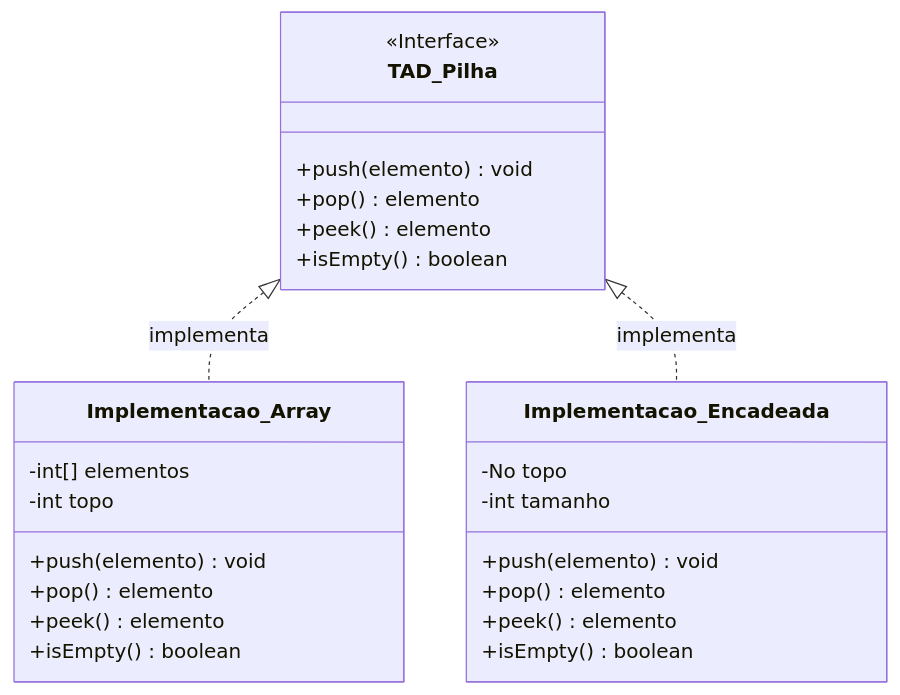
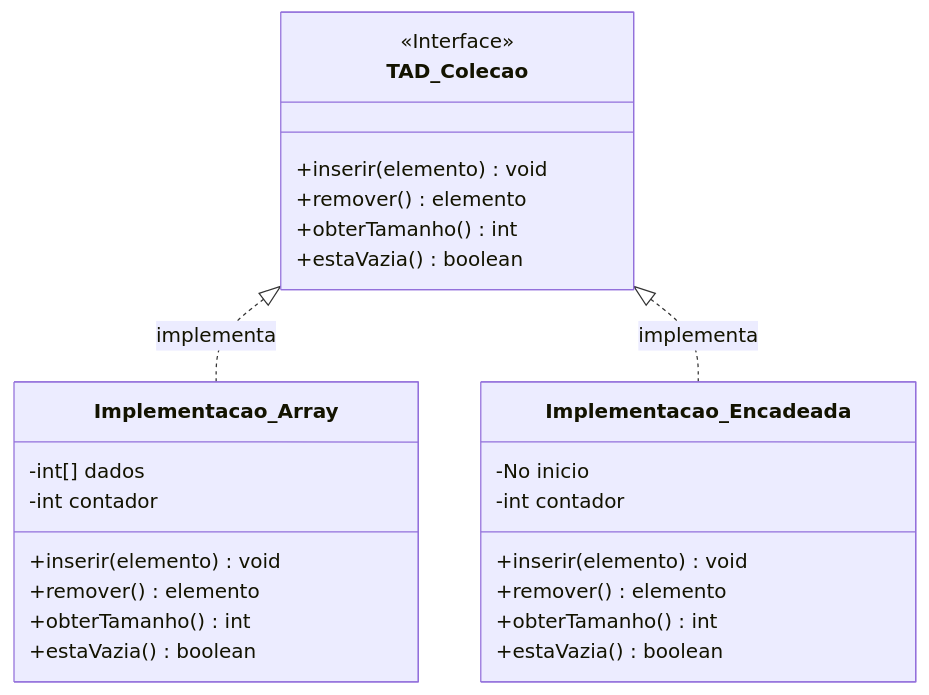
Before and after one commit to murilolol/unifef: the sixth of 26 diagrams in 4º Semestre/[Prof. Wesley Soares] Estrutura de Dados I/Resumos-IA/Simulados-Comentados.md, drawn with Mermaid. The commit also changed other lines of this file and 58 other files, not shown here.

````diff
--- a/4º Semestre/[Prof. Wesley Soares] Estrutura de Dados I/Resumos-IA/Simulados-Comentados.md
+++ b/4º Semestre/[Prof. Wesley Soares] Estrutura de Dados I/Resumos-IA/Simulados-Comentados.md
@@ -474,28 +323,28 @@
 ```mermaid
 classDiagram
-  class TAD_Pilha {
-    <<Interface>>
-    +push(elemento) void
-    +pop() elemento
-    +peek() elemento
-    +isEmpty() boolean
-  }
-  class Implementacao_Array {
-    -int[] elementos
-    -int topo
-    +push(elemento) void
-    +pop() elemento
-    +peek() elemento
-    +isEmpty() boolean
-  }
-  class Implementacao_Encadeada {
-    -No topo
-    -int tamanho
-    +push(elemento) void
-    +pop() elemento
-    +peek() elemento
-    +isEmpty() boolean
-  }
-  TAD_Pilha <|.. Implementacao_Array : implementa
-  TAD_Pilha <|.. Implementacao_Encadeada : implementa
+    class TAD_Colecao {
+        <<Interface>>
+        +inserir(elemento) void
+        +remover() elemento
+        +obterTamanho() int
+        +estaVazia() boolean
+    }
+    class Implementacao_Array {
+        -int[] dados
+        -int contador
+        +inserir(elemento) void
+        +remover() elemento
+        +obterTamanho() int
+        +estaVazia() boolean
+    }
+    class Implementacao_Encadeada {
+        -No inicio
+        -int contador
+        +inserir(elemento) void
+        +remover() elemento
+        +obterTamanho() int
+        +estaVazia() boolean
+    }
+    TAD_Colecao <|.. Implementacao_Array : implementa
+    TAD_Colecao <|.. Implementacao_Encadeada : implementa
 ```
````
